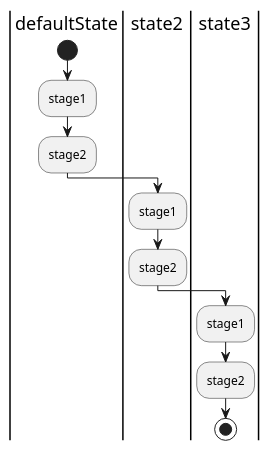
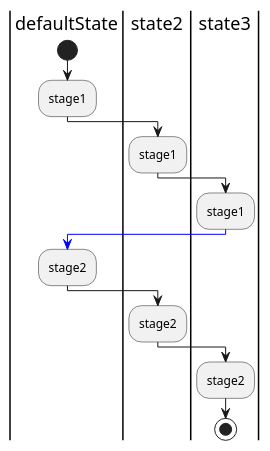
One commit to akorb/bachelor-thesis changed the diagram in images/uml/staged-enumerators.puml. Above: the diagram before and after it, drawn with PlantUML. The commit also changed 6 other files, not shown here.

```diff
--- a/images/uml/staged-enumerators.puml
+++ b/images/uml/staged-enumerators.puml
@@ -1,15 +1,21 @@
 @startuml
 
 |defaultState|
 start
 :stage1;
+|state2|
+:stage1;
+|state3|
+:stage1;
+
+-[#blue]->
+
+|defaultState|
 :stage2;
 |state2|
-:stage1;
 :stage2;
 |state3|
-:stage1;
 :stage2;
 stop
 
 @enduml
```
